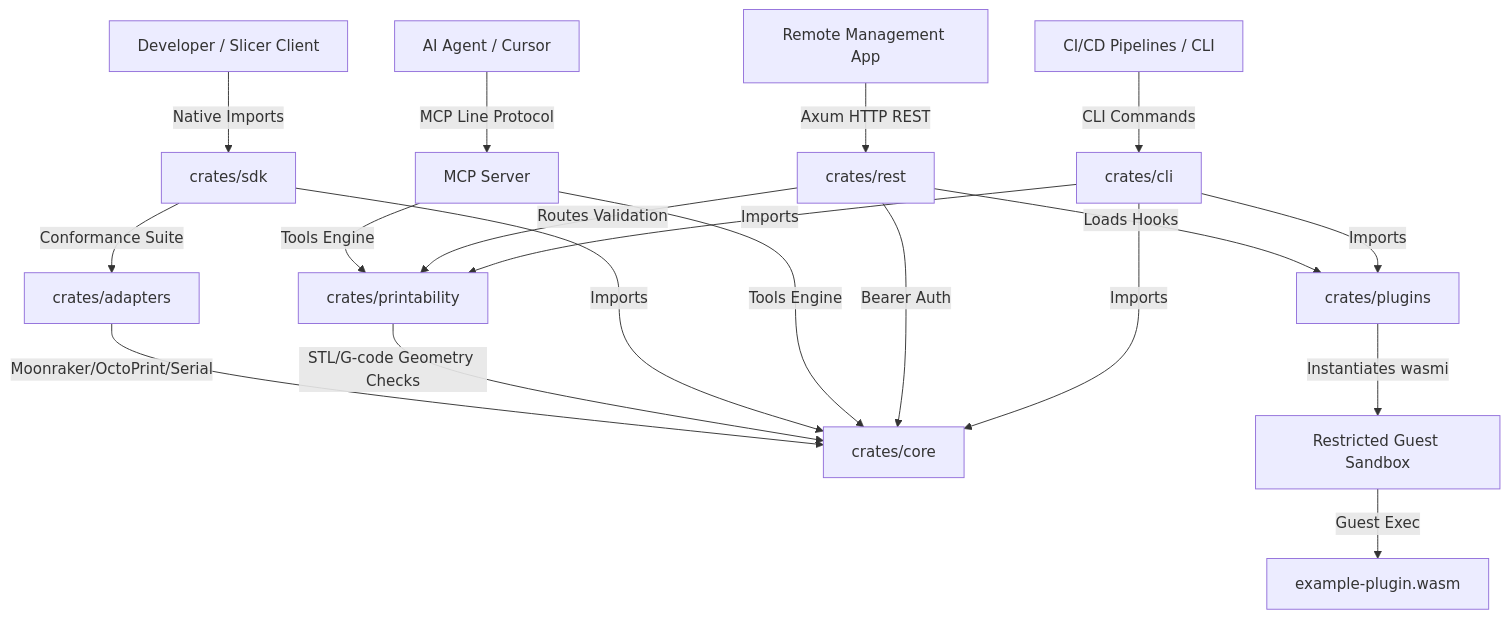
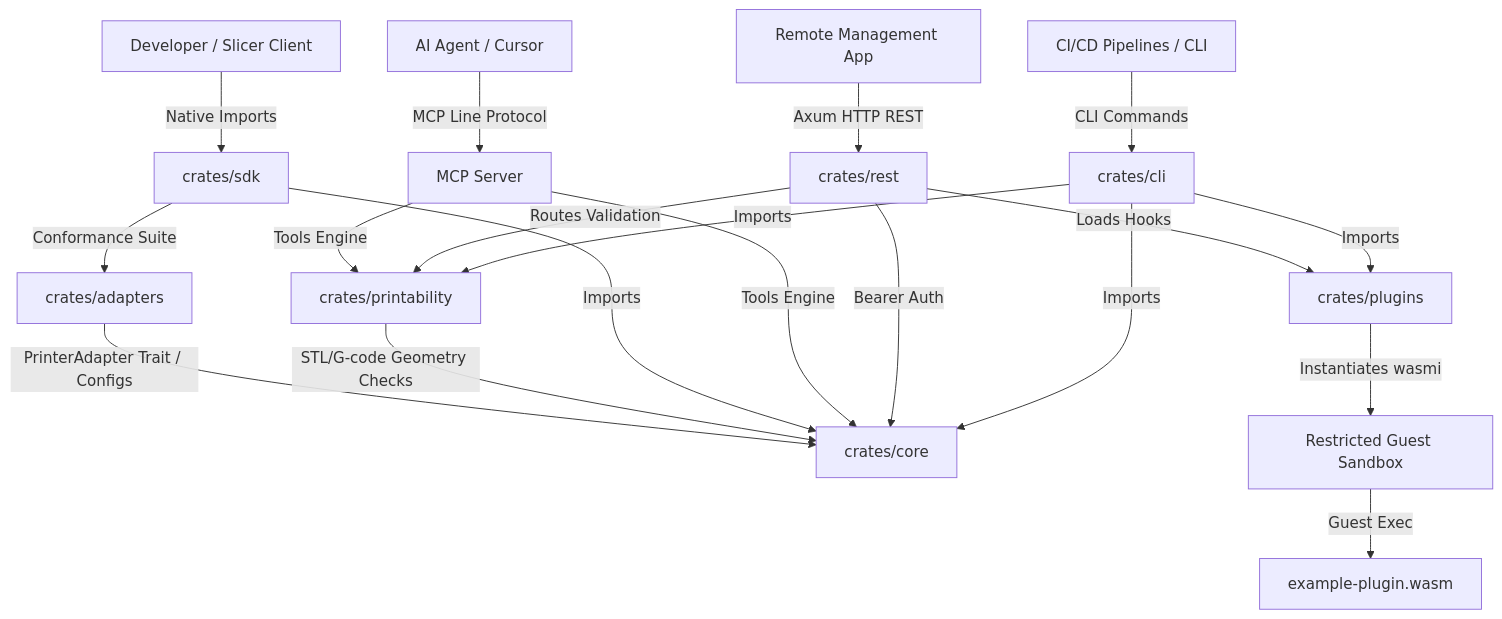
One commit to scottconverse/PrintProof3D changed the first of 4 diagrams in ARCHITECTURE.md. Above: the diagram before and after it, drawn with Mermaid. The commit also changed other lines of this file and 3 other files, not shown here.

````diff
--- a/ARCHITECTURE.md
+++ b/ARCHITECTURE.md
@@ -14,31 +14,31 @@
 ```mermaid
 graph TD
     %% Clients & Entry Points
     User[Developer / Slicer Client] -->|Native Imports| SDK[crates/sdk]
     CI[CI/CD Pipelines / CLI] -->|CLI Commands| CLI[crates/cli]
     Agent[AI Agent / Cursor] -->|MCP Line Protocol| MCP[MCP Server]
     RemoteClient[Remote Management App] -->|Axum HTTP REST| REST[crates/rest]
 
     %% Routing
     CLI -->|Imports| Core[crates/core]
     CLI -->|Imports| Printability[crates/printability]
     CLI -->|Imports| Plugins[crates/plugins]
 
     REST -->|Bearer Auth| Core
     REST -->|Routes Validation| Printability
     REST -->|Loads Hooks| Plugins
 
     MCP -->|Tools Engine| Core
     MCP -->|Tools Engine| Printability
 
     SDK -->|Conformance Suite| Adapters[crates/adapters]
     SDK -->|Imports| Core
 
     %% Infrastructure
     Printability -->|STL/G-code Geometry Checks| Core
-    Adapters -->|Moonraker/OctoPrint/Serial| Core
+    Adapters -->|PrinterAdapter Trait / Configs| Core
 
     %% Sandboxed Plugins
     Plugins -->|Instantiates wasmi| Sandbox[Restricted Guest Sandbox]
     Sandbox -->|Guest Exec| Guest[example-plugin.wasm]
 ```
````
